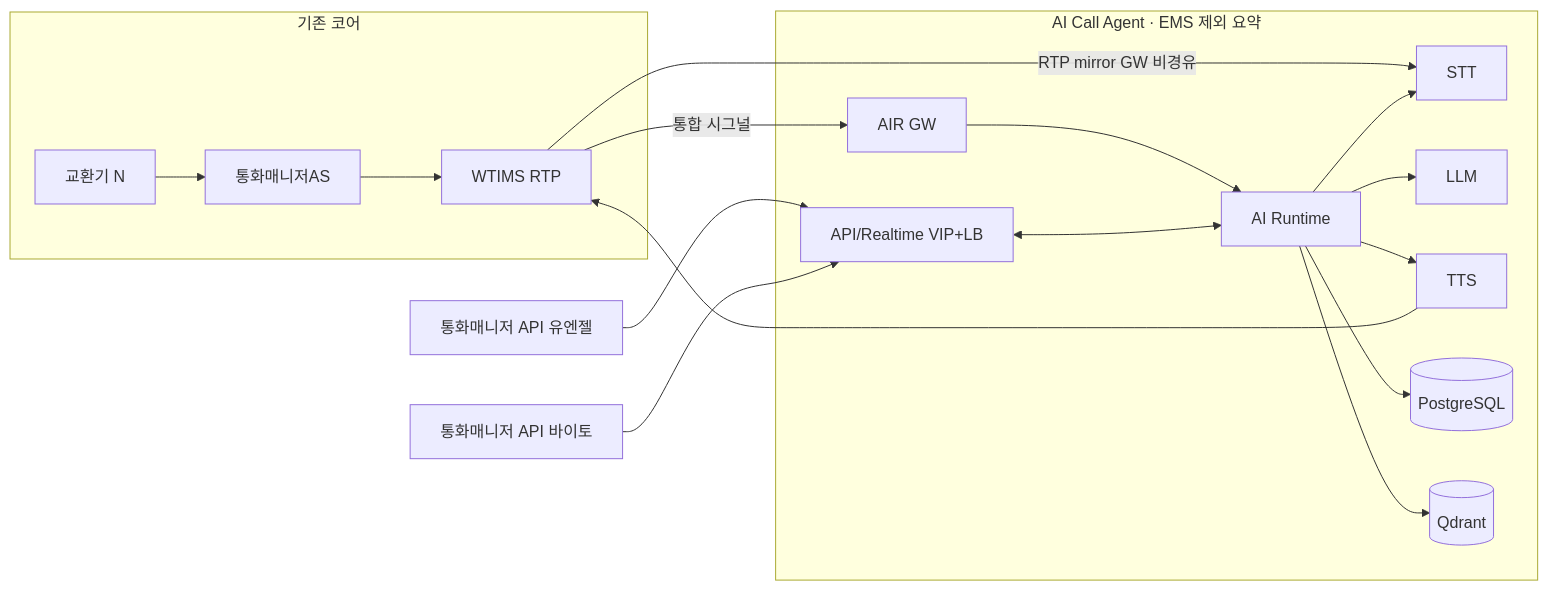
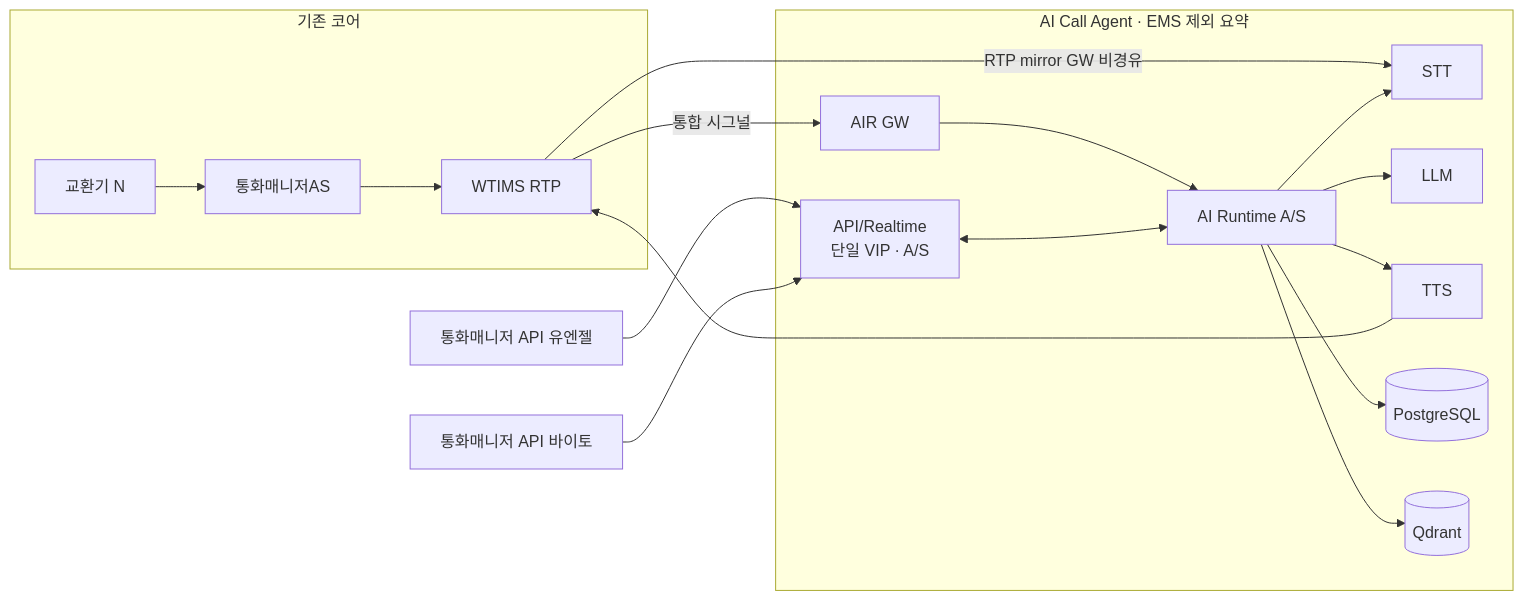
Before and after one commit to hak023/agentic_ai_callbot: the first of 8 diagrams in docs/architecture/production-deployment-architecture.md, drawn with Mermaid. The commit also changed other lines of this file, not shown here.

Commit message:
docs: update production-deployment-architecture (AI Call Agent OPEX §11.6)

````diff
--- a/docs/architecture/production-deployment-architecture.md
+++ b/docs/architecture/production-deployment-architecture.md
@@ -28,26 +28,26 @@
 ```mermaid
 flowchart LR
     subgraph CORE["기존 코어"]
         EX["교환기 N"] --> CM["통화매니저AS"] --> WT["WTIMS RTP"]
     end
     subgraph ACA["AI Call Agent · EMS 제외 요약"]
         GW["AIR GW"]
-        AIR["AI Runtime"]
+        AIR["AI Runtime A/S"]
         STT["STT"]
         LLM["LLM"]
         TTS["TTS"]
-        API["API/Realtime VIP+LB"]
+        API["API/Realtime<br/>단일 VIP · A/S"]
         PG[("PostgreSQL")]
         QD[("Qdrant")]
     end
     UAPI["통화매니저 API 유엔젤"] --> API
     BAPI["통화매니저 API 바이토"] --> API
     WT -->|통합 시그널| GW --> AIR
     WT -->|RTP mirror GW 비경유| STT
     AIR --> STT
     AIR --> LLM
     AIR --> TTS --> WT
     API <--> AIR
     AIR --> PG
     AIR --> QD
 ```
````
